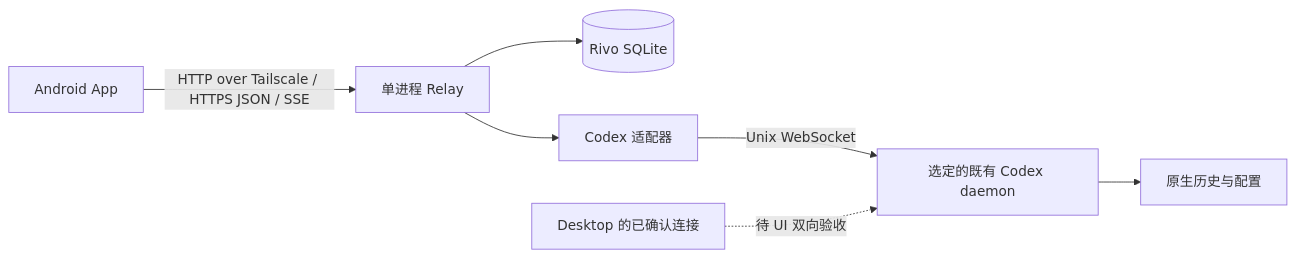
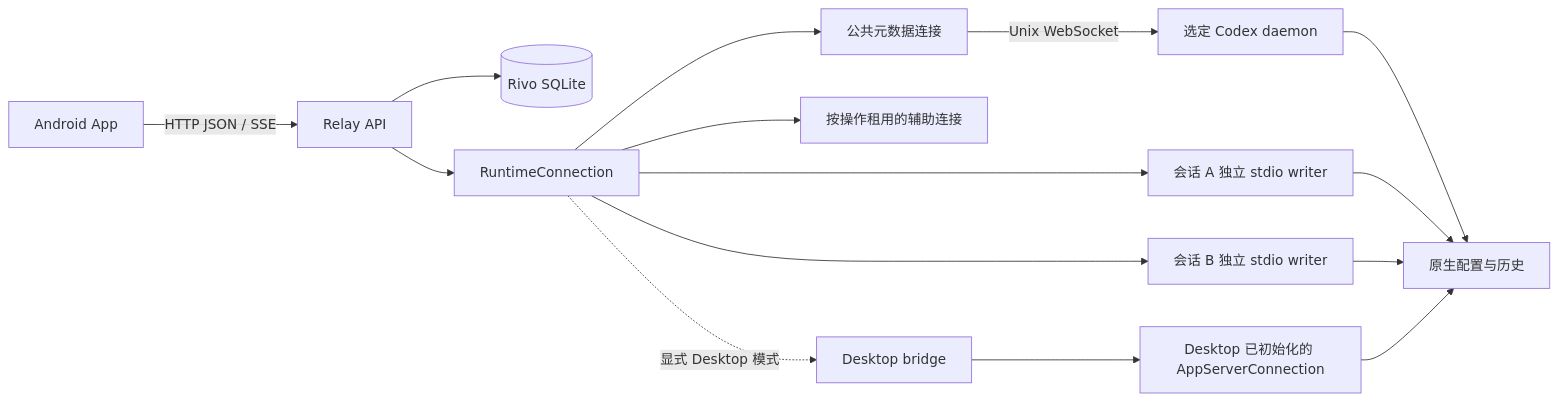
One commit to ethanhubin/rivo-relay changed the diagram in docs/architecture.md. Above: the diagram before and after it, drawn with Mermaid. The commit also changed other lines of this file and 92 other files, not shown here.

````diff
--- a/docs/architecture.md
+++ b/docs/architecture.md
@@ -11,9 +11,17 @@
 ```mermaid
 flowchart LR
-    A[Android App] -->|HTTP over Tailscale / HTTPS JSON / SSE| R[单进程 Relay]
+    A[Android App] -->|HTTP JSON / SSE| R[Relay API]
     R --> S[(Rivo SQLite)]
-    R --> C[Codex 适配器]
-    C -->|Unix WebSocket| N[选定的既有 Codex daemon]
-    D[Desktop 的已确认连接] -. 待 UI 双向验收 .-> N
-    N --> H[原生历史与配置]
+    R --> C[RuntimeConnection]
+    C --> Q[公共元数据连接]
+    Q -->|Unix WebSocket| N[选定 Codex daemon]
+    C --> W1[会话 A 独立 stdio writer]
+    C --> W2[会话 B 独立 stdio writer]
+    C --> H[按操作租用的辅助连接]
+    C -. 显式 Desktop 模式 .-> B[Desktop bridge]
+    B --> D[Desktop 已初始化的 AppServerConnection]
+    N --> P[原生配置与历史]
+    W1 --> P
+    W2 --> P
+    D --> P
 ```
````
